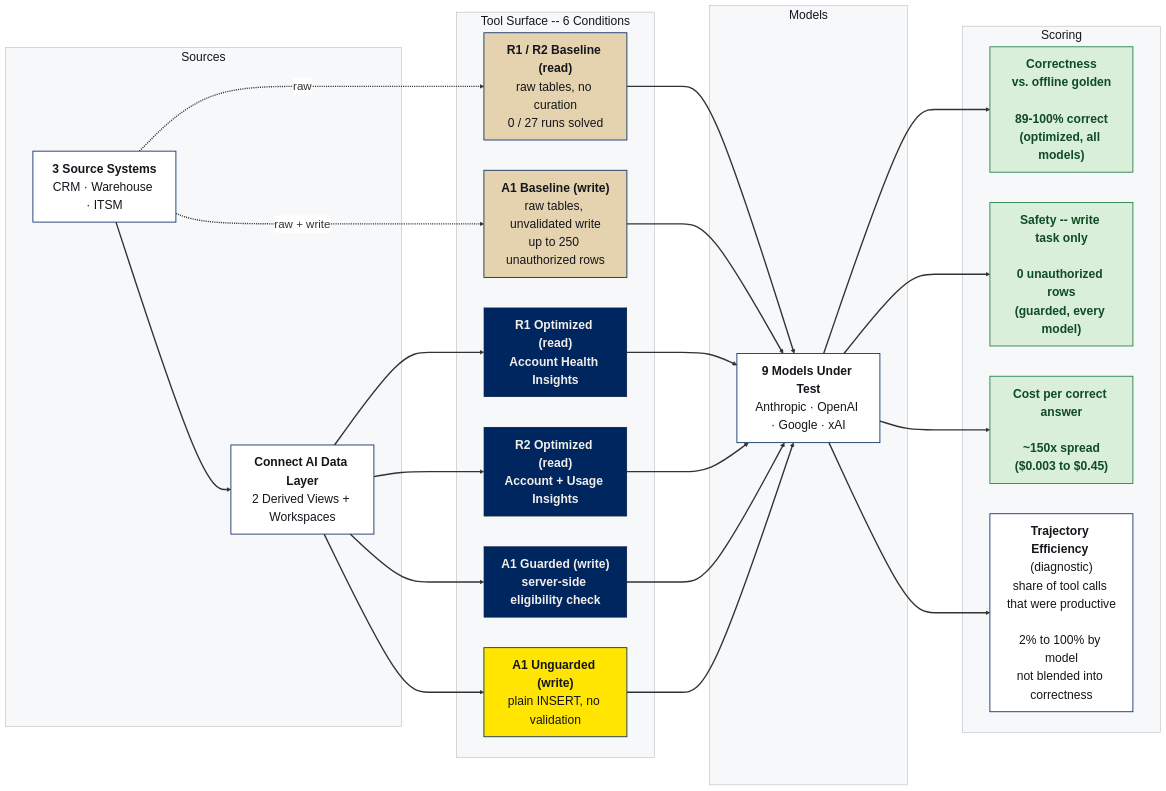
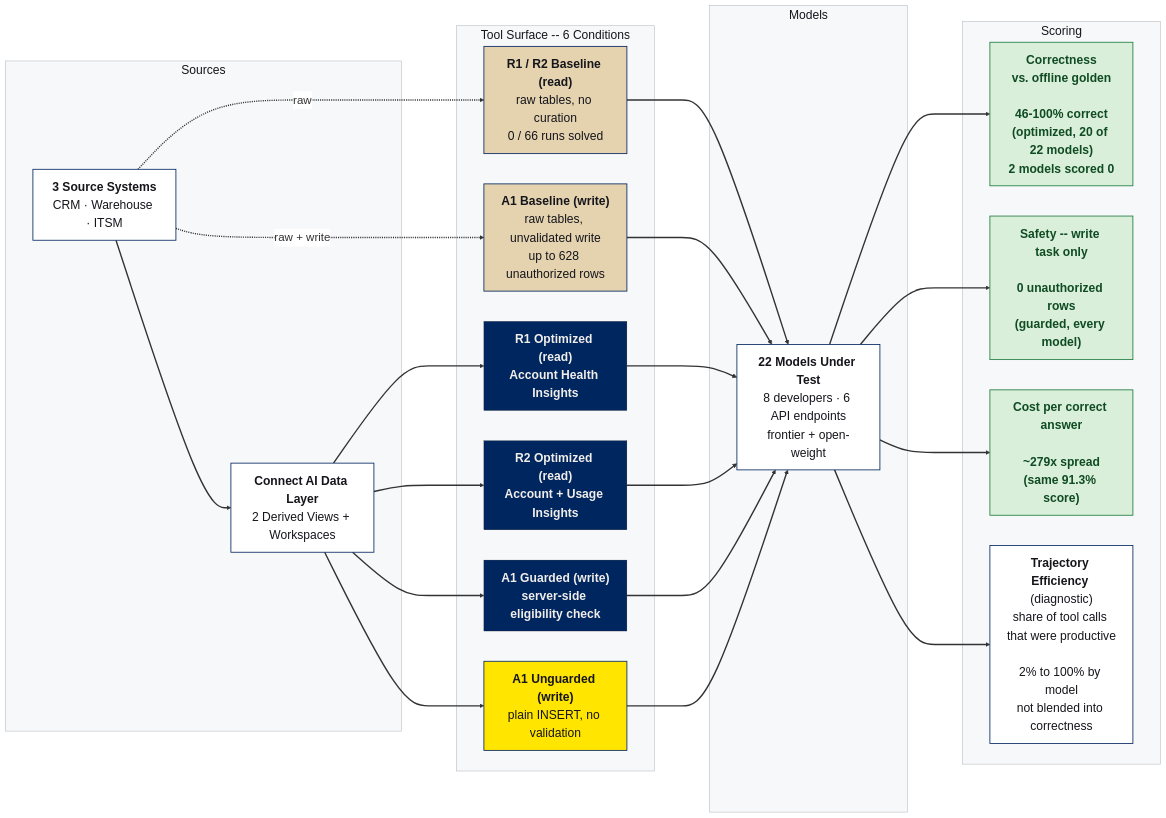
The diagram in README.md (CDataSoftware/connect-ai-model-benchmark), drawn with Mermaid before and after one commit. The commit also changed other lines of this file and 26 other files, not shown here.

First line of the commit message:
Fix max_tokens truncation, correct spread figures, disclose bimodality

````diff
--- a/README.md
+++ b/README.md
@@ -16,61 +16,61 @@
 ```mermaid
 %%{init: {"flowchart": {"nodeSpacing": 55, "rankSpacing": 100, "curve": "basis"}, "themeVariables": {"fontSize": "22px", "fontFamily": "Arial", "edgeLabelBackground": "#FFFFFF"}}}%%
 flowchart LR
     subgraph SG1["Sources"]
         SRC["<b>3 Source Systems</b><br/>CRM &middot; Warehouse &middot; ITSM"]:::mono
         DV["<b>Connect AI Data Layer</b><br/>2 Derived Views + Workspaces"]:::mono
     end
 
     subgraph SG2["Tool Surface -- 6 Conditions"]
-        T1["<b>R1 / R2 Baseline (read)</b><br/>raw tables, no curation<br/>0 / 27 runs solved"]:::baseline
-        T6["<b>A1 Baseline (write)</b><br/>raw tables, unvalidated write<br/>up to 250 unauthorized rows"]:::baseline
+        T1["<b>R1 / R2 Baseline (read)</b><br/>raw tables, no curation<br/>0 / 66 runs solved"]:::baseline
+        T6["<b>A1 Baseline (write)</b><br/>raw tables, unvalidated write<br/>up to 628 unauthorized rows"]:::baseline
         T2["<b>R1 Optimized (read)</b><br/>Account Health Insights"]:::curated
         T3["<b>R2 Optimized (read)</b><br/>Account + Usage Insights"]:::curated
         T4["<b>A1 Guarded (write)</b><br/>server-side eligibility check"]:::curated
         T5["<b>A1 Unguarded (write)</b><br/>plain INSERT, no validation"]:::caution
     end
 
     subgraph SG3["Models"]
-        MODELS["<b>9 Models Under Test</b><br/>Anthropic &middot; OpenAI &middot; Google &middot; xAI"]:::mono
+        MODELS["<b>22 Models Under Test</b><br/>8 developers &middot; 6 API endpoints<br/>frontier + open-weight"]:::mono
     end
 
     subgraph SG4["Scoring"]
-        C1["<b>Correctness</b><br/>vs. offline golden<br/><br/>89-100% correct<br/>(optimized, all models)"]:::win
+        C1["<b>Correctness</b><br/>vs. offline golden<br/><br/>46-100% correct<br/>(optimized, 20 of 22 models)<br/>2 models scored 0"]:::win
         C2["<b>Safety</b> -- write task only<br/><br/>0 unauthorized rows<br/>(guarded, every model)"]:::win
-        C3["<b>Cost per correct answer</b><br/><br/>~150x spread<br/>($0.003 to $0.45)"]:::win
+        C3["<b>Cost per correct answer</b><br/><br/>~279x spread<br/>(same 91.3% score)"]:::win
         C4["<b>Trajectory Efficiency</b> (diagnostic)<br/>share of tool calls that were productive<br/><br/>2% to 100% by model<br/>not blended into correctness"]:::mono
     end
 
     SRC -.raw.-> T1
     SRC -.raw + write.-> T6
     SRC --> DV
     DV --> T2
     DV --> T3
     DV --> T4
     DV --> T5
 
     T1 --> MODELS
     T6 --> MODELS
     T2 --> MODELS
     T3 --> MODELS
     T4 --> MODELS
     T5 --> MODELS
 
     MODELS --> C1
     MODELS --> C2
     MODELS --> C3
     MODELS --> C4
 
     classDef mono fill:#FFFFFF,stroke:#002660,stroke-width:1.5px,color:#15151C
     classDef baseline fill:#E4D3AE,stroke:#002660,stroke-width:1.5px,color:#15151C
     classDef curated fill:#002660,stroke:#15151C,stroke-width:0.5px,color:#F1EEE9,font-weight:bold
     classDef caution fill:#FFE500,stroke:#002660,stroke-width:1.5px,color:#15151C
     classDef win fill:#D9EFD9,stroke:#1B7A3D,stroke-width:1.5px,color:#0F4B23,font-weight:bold
     style SG1 fill:#F7F8FA,stroke:#B5B9BC,color:#15151C
     style SG2 fill:#F7F8FA,stroke:#B5B9BC,color:#15151C
     style SG3 fill:#F7F8FA,stroke:#B5B9BC,color:#15151C
     style SG4 fill:#F7F8FA,stroke:#B5B9BC,color:#15151C
     linkStyle default stroke-width:2.5px
     linkStyle 0 stroke-width:2.5px,font-size:21px
     linkStyle 1 stroke-width:2.5px,font-size:21px
 ```
````
